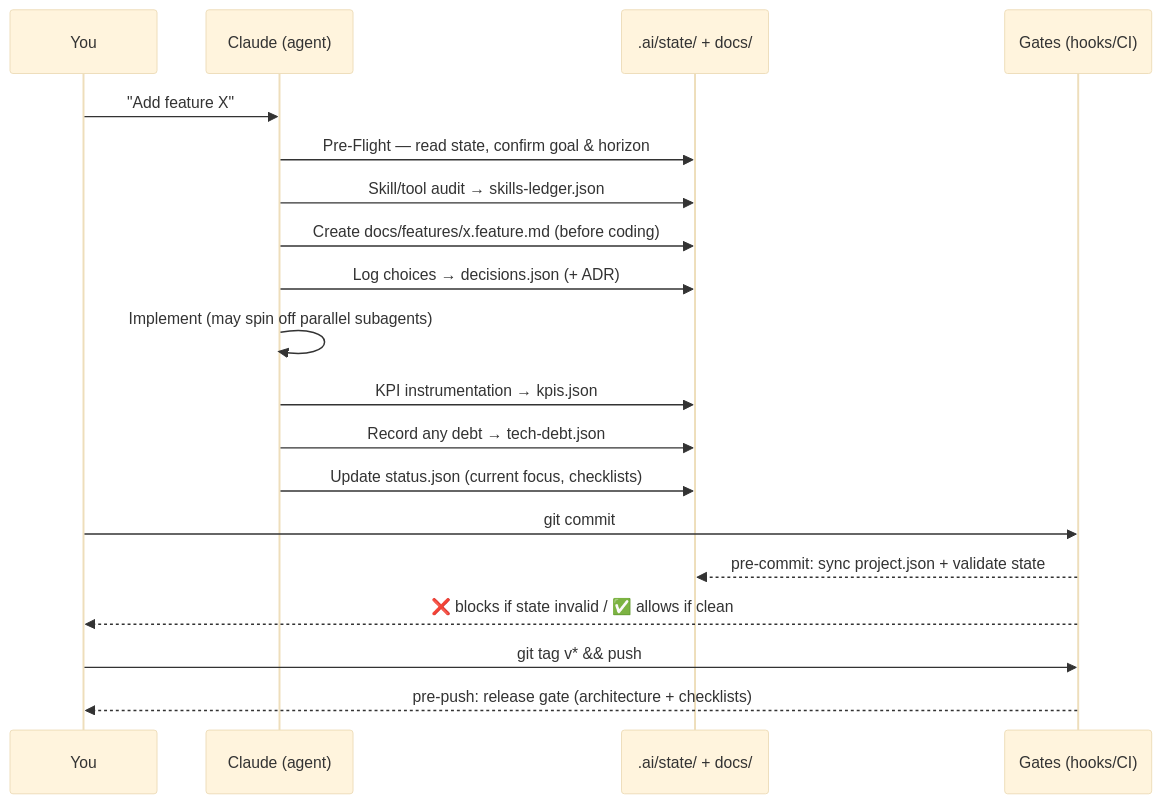
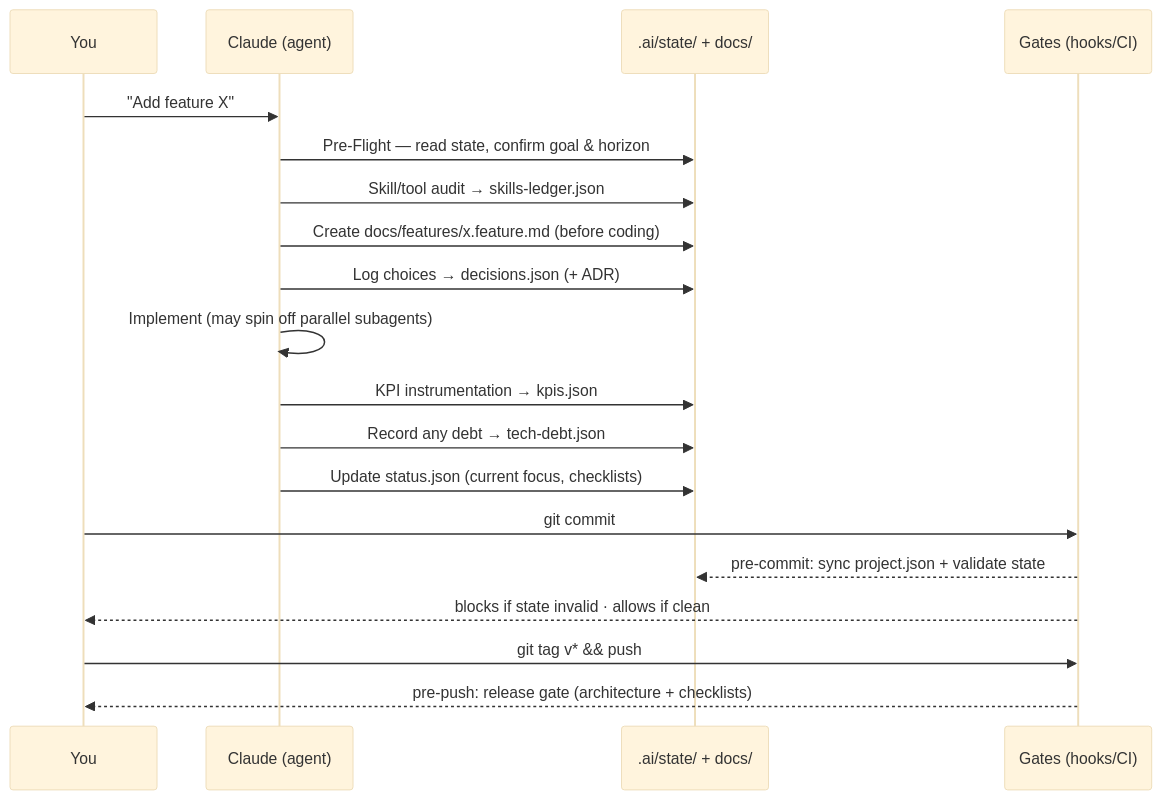
The third of 6 diagrams in README.md (itsmarcosjreyes/praxis), drawn with Mermaid (base theme) before and after one commit. The commit also changed other lines of this file and 8 other files, not shown here.

````diff
--- a/README.md
+++ b/README.md
@@ -106,22 +129,22 @@
 ```mermaid
 sequenceDiagram
     participant U as You
     participant C as Claude (agent)
     participant S as .ai/state/ + docs/
     participant G as Gates (hooks/CI)
 
     U->>C: "Add feature X"
     C->>S: Pre-Flight — read state, confirm goal & horizon
     C->>S: Skill/tool audit → skills-ledger.json
     C->>S: Create docs/features/x.feature.md (before coding)
     C->>S: Log choices → decisions.json (+ ADR)
     C->>C: Implement (may spin off parallel subagents)
     C->>S: KPI instrumentation → kpis.json
     C->>S: Record any debt → tech-debt.json
     C->>S: Update status.json (current focus, checklists)
     U->>G: git commit
     G-->>S: pre-commit: sync project.json + validate state
-    G-->>U: ❌ blocks if state invalid / ✅ allows if clean
+    G-->>U: blocks if state invalid · allows if clean
     U->>G: git tag v* && push
     G-->>U: pre-push: release gate (architecture + checklists)
 ```
````
